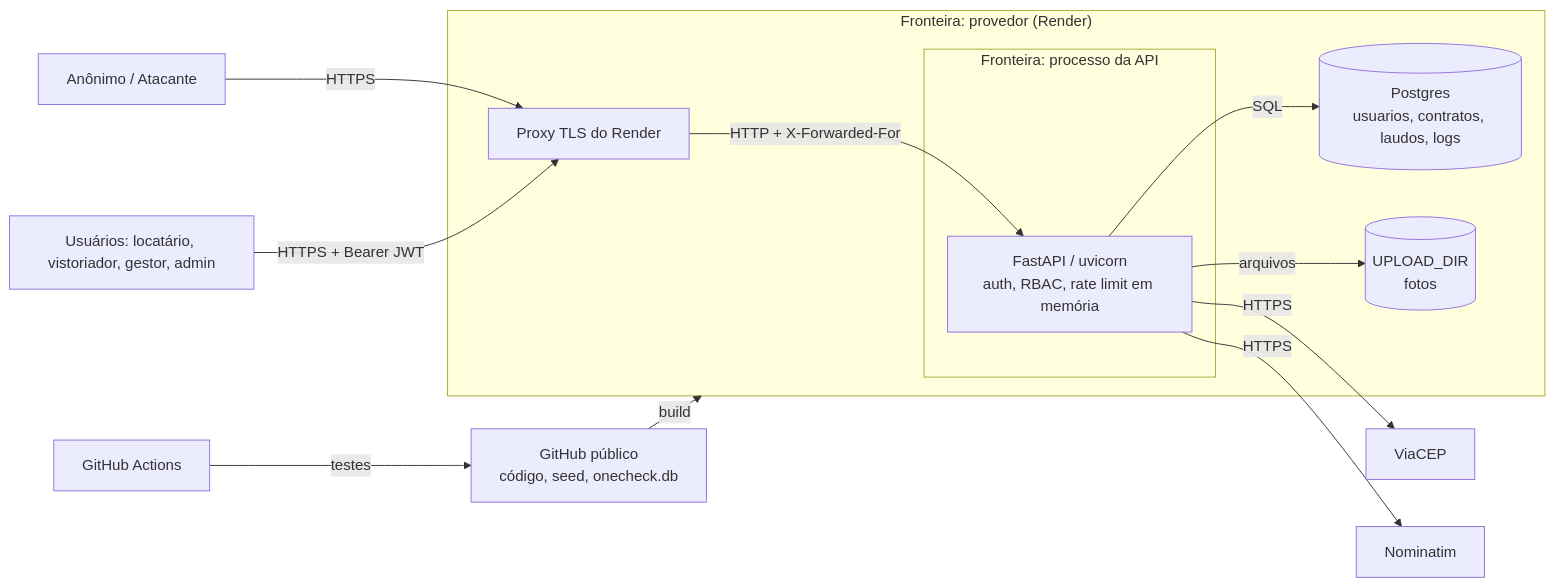
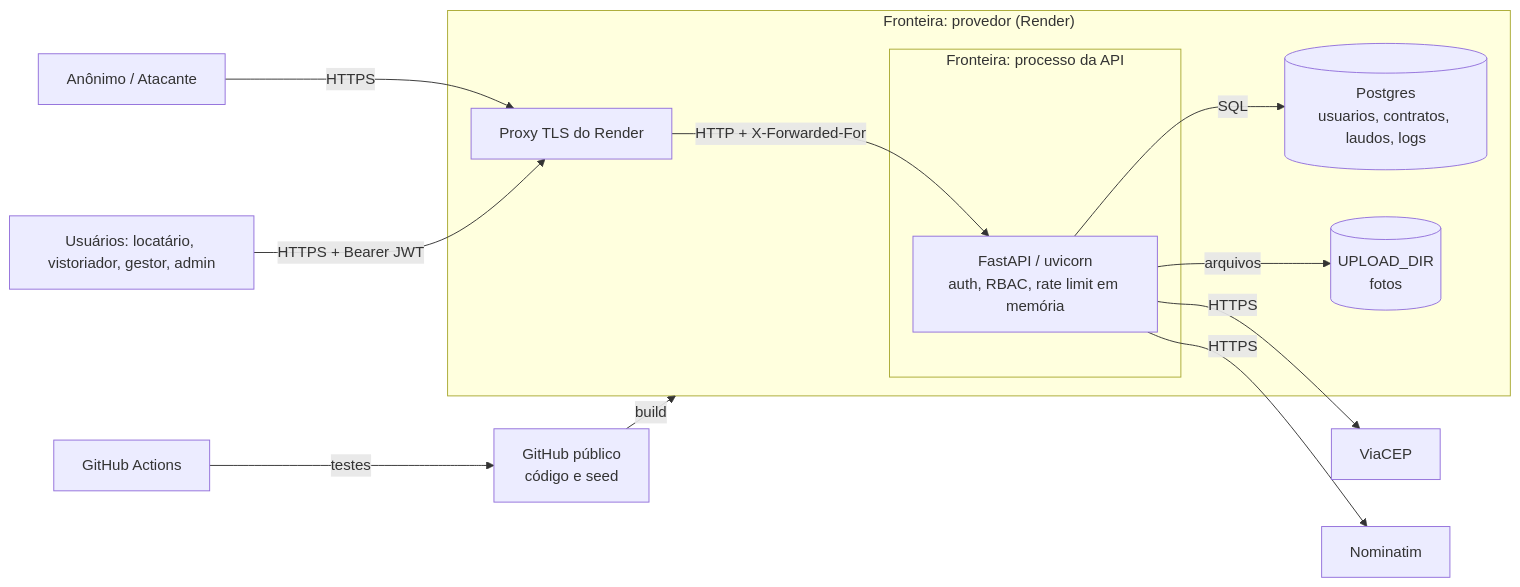
Before and after one commit to Anderson-Leandro/ISG022-One-Check-API-Python: the diagram in docs/security/threat-model.md, drawn with Mermaid. The commit also changed other lines of this file and 27 other files, not shown here.

````diff
--- a/docs/security/threat-model.md
+++ b/docs/security/threat-model.md
@@ -36,17 +36,17 @@
 ```mermaid
 flowchart LR
   A[Anônimo / Atacante] -->|HTTPS| P
   U[Usuários: locatário, vistoriador, gestor, admin] -->|HTTPS + Bearer JWT| P
   subgraph Render["Fronteira: provedor (Render)"]
     P[Proxy TLS do Render] -->|HTTP + X-Forwarded-For| API
     subgraph App["Fronteira: processo da API"]
       API[FastAPI / uvicorn<br/>auth, RBAC, rate limit em memória]
     end
     API -->|SQL| DB[(Postgres<br/>usuarios, contratos, laudos, logs)]
     API -->|arquivos| FS[(UPLOAD_DIR<br/>fotos)]
   end
   API -->|HTTPS| VIA[ViaCEP]
   API -->|HTTPS| NOM[Nominatim]
-  GH[GitHub público<br/>código, seed, onecheck.db] -->|build| Render
+  GH[GitHub público<br/>código e seed] -->|build| Render
   CI[GitHub Actions] -->|testes| GH
 ```
````
